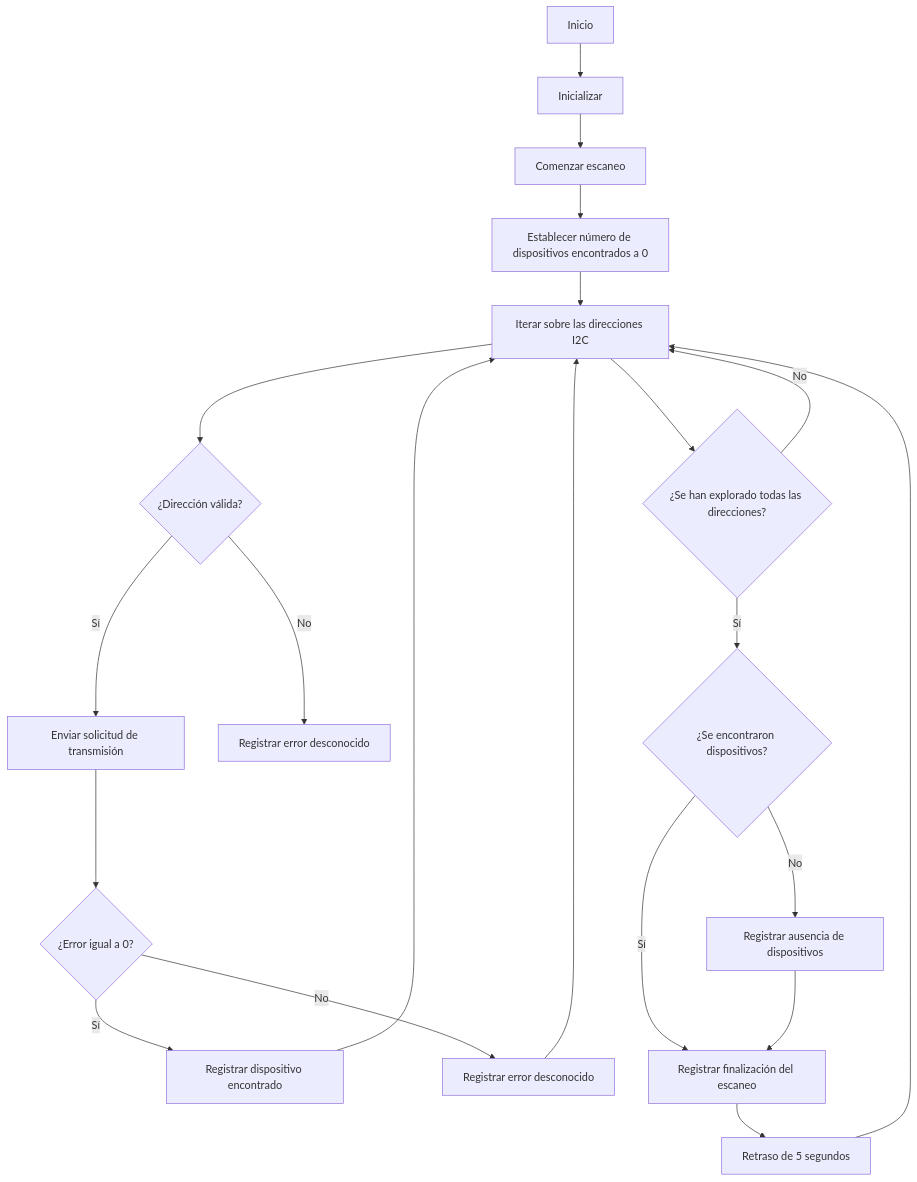
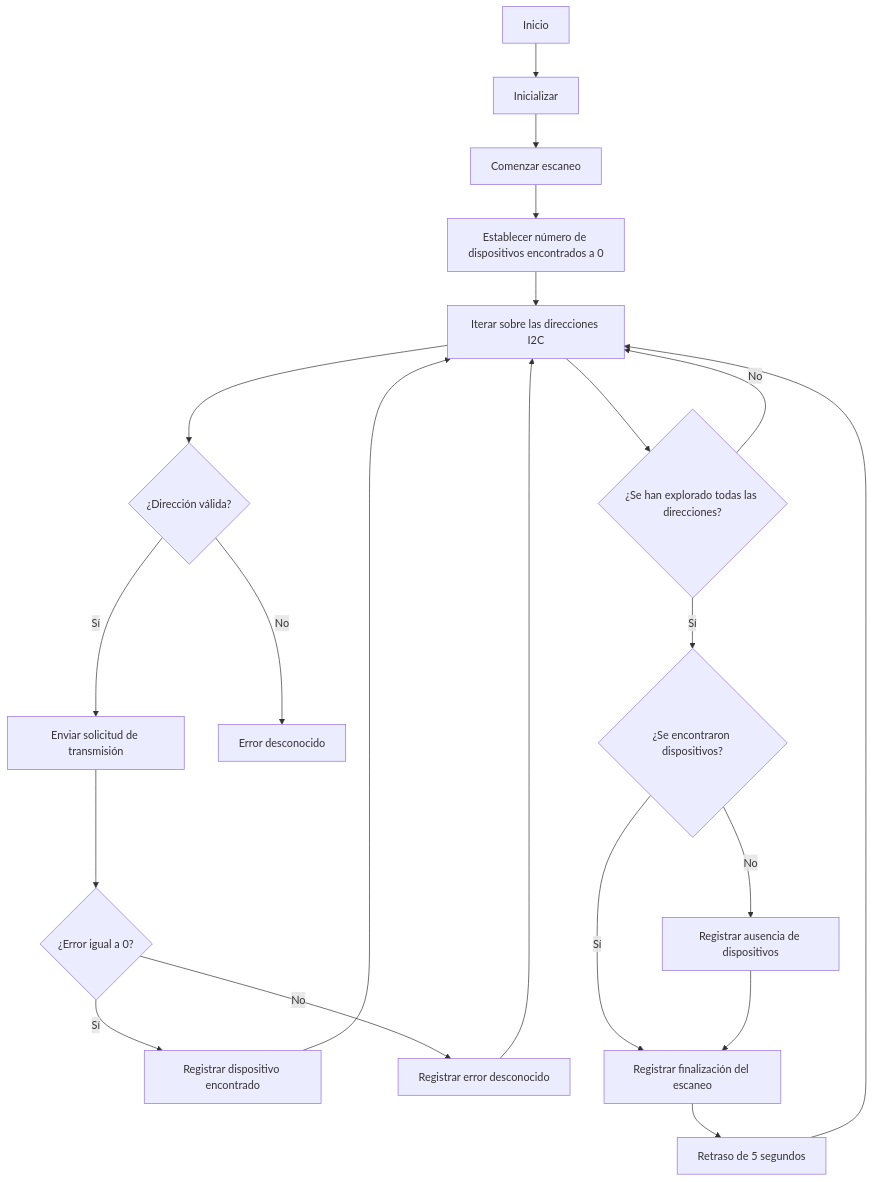
The diagram in README.md (Marti402/Practica5), drawn with Mermaid before and after one commit.

````diff
--- a/README.md
+++ b/README.md
@@ -96,23 +96,23 @@
 ```mermaid
 graph TD;
     A[Inicio] --> B[Inicializar];
     B --> C[Comenzar escaneo];
     C --> D[Establecer número de dispositivos encontrados a 0];
     D --> E[Iterar sobre las direcciones I2C];
     E --> F{¿Dirección válida?};
     F -->|Sí| G[Enviar solicitud de transmisión];
-    F -->|No| H[Registrar error desconocido];
+    F -->|No| H[Error desconocido];
     G --> I{¿Error igual a 0?};
     I -->|Sí| J[Registrar dispositivo encontrado];
     I -->|No| K[Registrar error desconocido];
     K --> E;
     J --> E;
     E --> L{¿Se han explorado todas las direcciones?};
     L -->|No| E;
     L -->|Sí| M{¿Se encontraron dispositivos?};
     M -->|Sí| N[Registrar finalización del escaneo];
     M -->|No| O[Registrar ausencia de dispositivos];
     O --> N;
     N --> P[Retraso de 5 segundos];
     P --> E;
 ```
````
